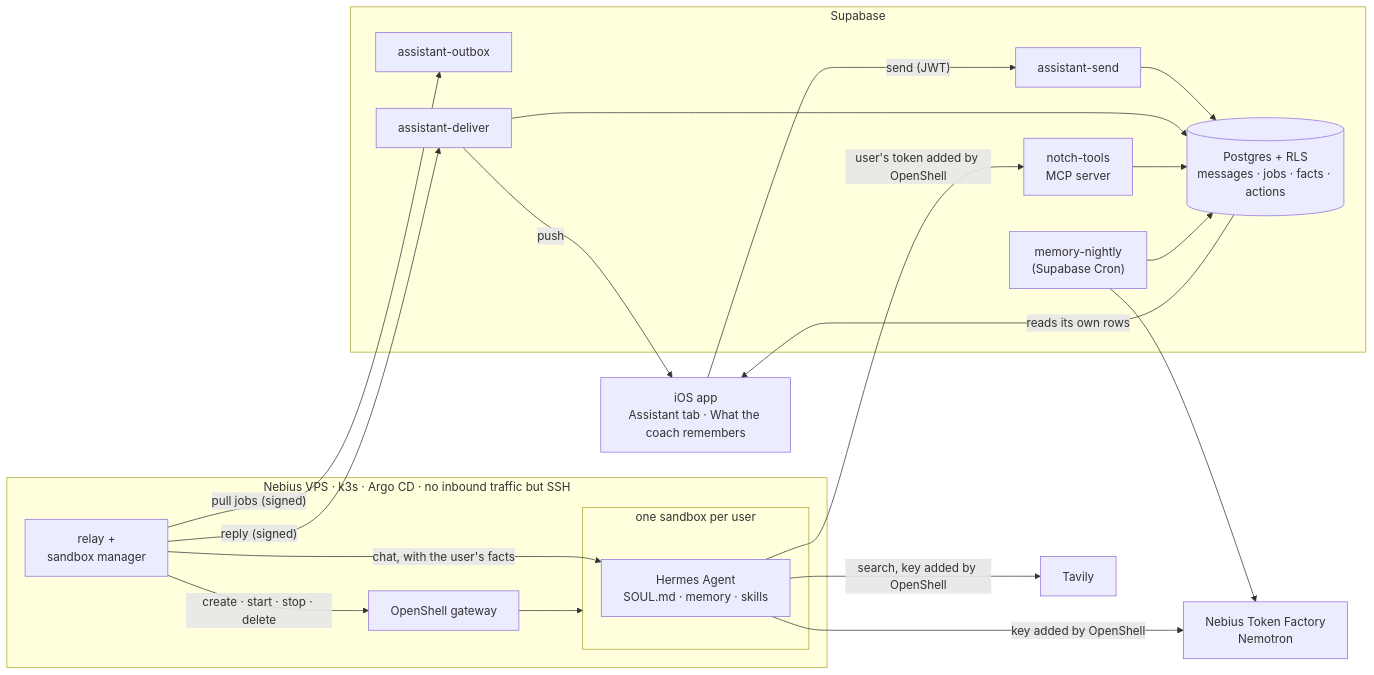
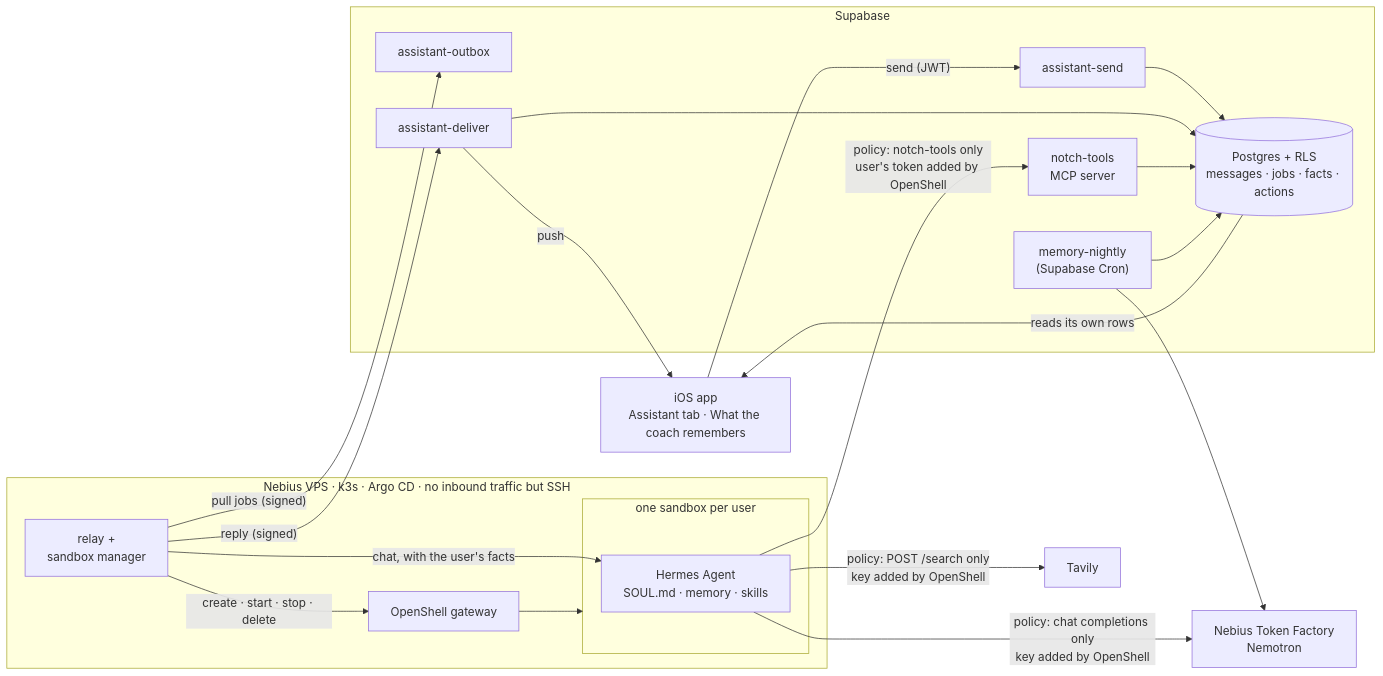
One commit to Maximal1337/AI-Gym-Coach-Nebius changed the diagram in README.md. Above: the diagram before and after it, drawn with Mermaid. The commit also changed other lines of this file and 1 other file, not shown here.

````diff
--- a/README.md
+++ b/README.md
@@ -63,34 +69,34 @@
 ```mermaid
 flowchart LR
   app["iOS app<br/>Assistant tab · What the coach remembers"]
   subgraph supabase["Supabase"]
     db[("Postgres + RLS<br/>messages · jobs · facts · actions")]
     send["assistant-send"]
     outbox["assistant-outbox"]
     deliver["assistant-deliver"]
     tools["notch-tools<br/>MCP server"]
     nightly["memory-nightly<br/>(Supabase Cron)"]
   end
   subgraph vps["Nebius VPS · k3s · Argo CD · no inbound traffic but SSH"]
     relay["relay +<br/>sandbox manager"]
     gw["OpenShell gateway"]
     subgraph sb["one sandbox per user"]
       hermes["Hermes Agent<br/>SOUL.md · memory · skills"]
     end
   end
   tf["Nebius Token Factory<br/>Nemotron"]
   tavily["Tavily"]
 
   app -- "send (JWT)" --> send --> db
   db -- "reads its own rows" --> app
   relay -- "pull jobs (signed)" --> outbox
   relay -- "reply (signed)" --> deliver --> db
   deliver -- push --> app
   relay -- "create · start · stop · delete" --> gw --> sb
   relay -- "chat, with the user's facts" --> hermes
-  hermes -- "key added by OpenShell" --> tf
-  hermes -- "search, key added by OpenShell" --> tavily
-  hermes -- "user's token added by OpenShell" --> tools --> db
+  hermes -- "policy: chat completions only<br/>key added by OpenShell" --> tf
+  hermes -- "policy: POST /search only<br/>key added by OpenShell" --> tavily
+  hermes -- "policy: notch-tools only<br/>user's token added by OpenShell" --> tools --> db
   nightly --> tf
   nightly --> db
 ```
````
